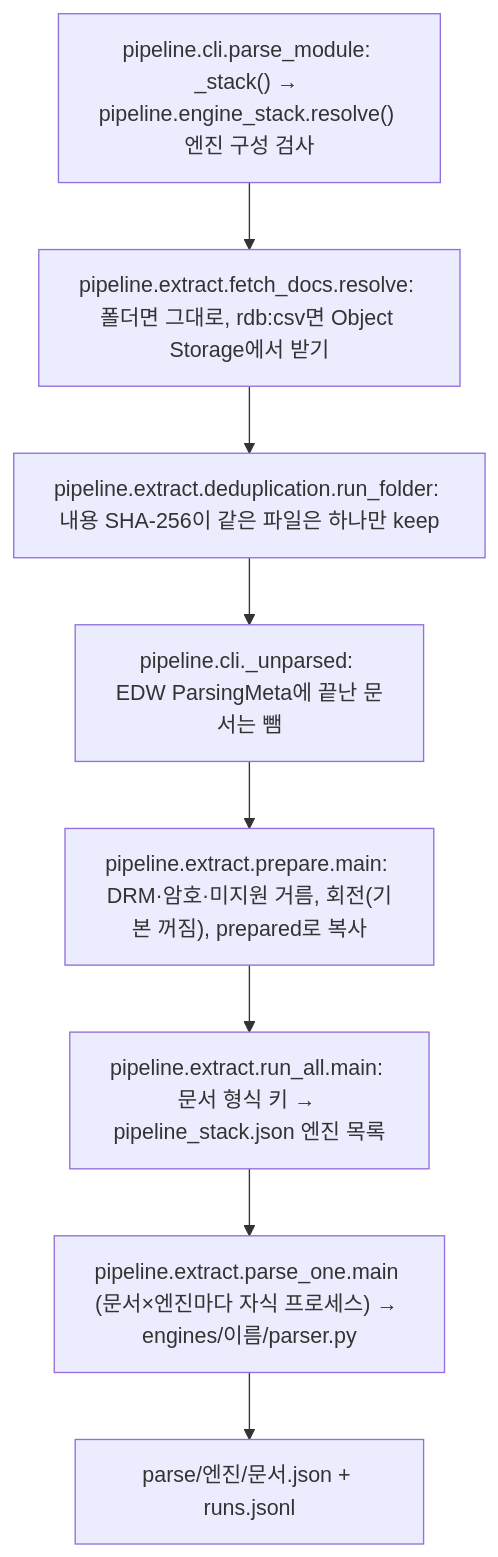
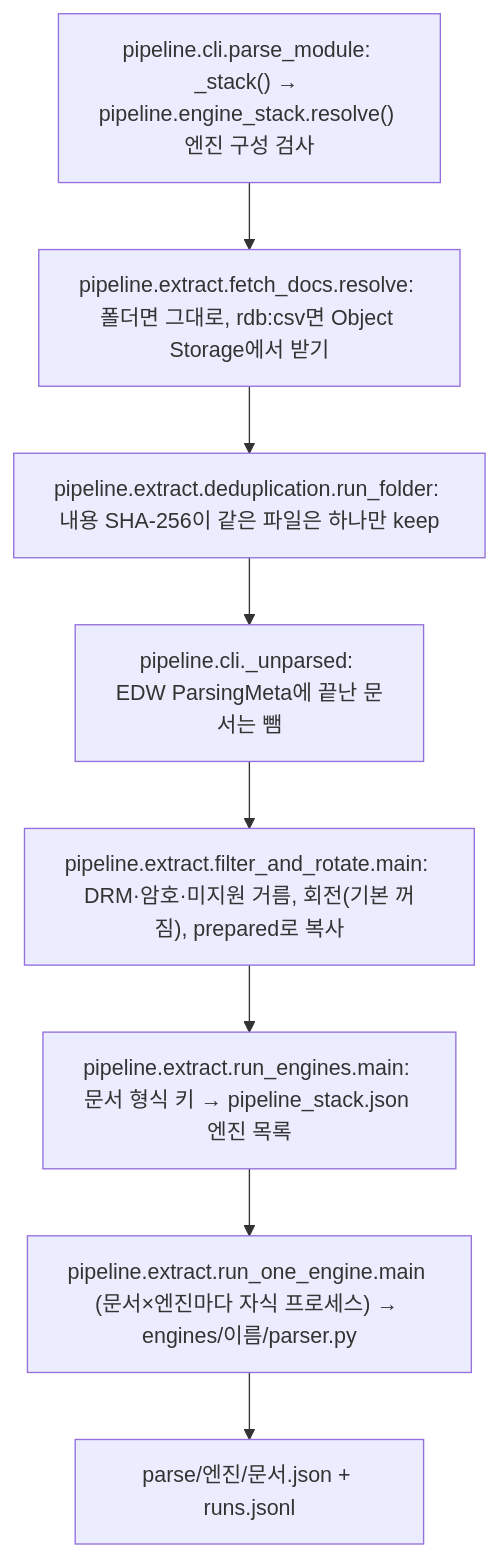
The fourth of 11 diagrams in docs/architecture/parse_flow.md (gigasamba/sbl_data_parsing), drawn with Mermaid before and after one commit. The commit also changed other lines of this file and 114 other files, not shown here.

````diff
--- a/docs/architecture/parse_flow.md
+++ b/docs/architecture/parse_flow.md
@@ -117,12 +117,12 @@
 ```mermaid
 flowchart TD
     S0["pipeline.cli.parse_module: _stack() → pipeline.engine_stack.resolve() 엔진 구성 검사"]
     S1["pipeline.extract.fetch_docs.resolve: 폴더면 그대로, rdb:csv면 Object Storage에서 받기"]
     S2["pipeline.extract.deduplication.run_folder: 내용 SHA-256이 같은 파일은 하나만 keep"]
     S3["pipeline.cli._unparsed: EDW ParsingMeta에 끝난 문서는 뺌"]
-    S4["pipeline.extract.prepare.main: DRM·암호·미지원 거름, 회전(기본 꺼짐), prepared로 복사"]
-    S5["pipeline.extract.run_all.main: 문서 형식 키 → pipeline_stack.json 엔진 목록"]
-    S6["pipeline.extract.parse_one.main (문서×엔진마다 자식 프로세스) → engines/이름/parser.py"]
+    S4["pipeline.extract.filter_and_rotate.main: DRM·암호·미지원 거름, 회전(기본 꺼짐), prepared로 복사"]
+    S5["pipeline.extract.run_engines.main: 문서 형식 키 → pipeline_stack.json 엔진 목록"]
+    S6["pipeline.extract.run_one_engine.main (문서×엔진마다 자식 프로세스) → engines/이름/parser.py"]
     S7["parse/엔진/문서.json + runs.jsonl"]
     S0 --> S1 --> S2 --> S3 --> S4 --> S5 --> S6 --> S7
 ```
````
